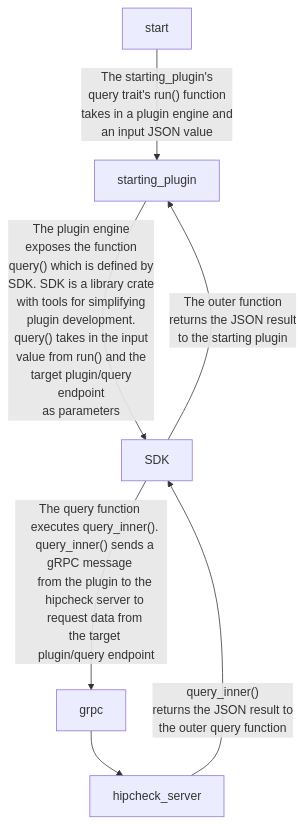
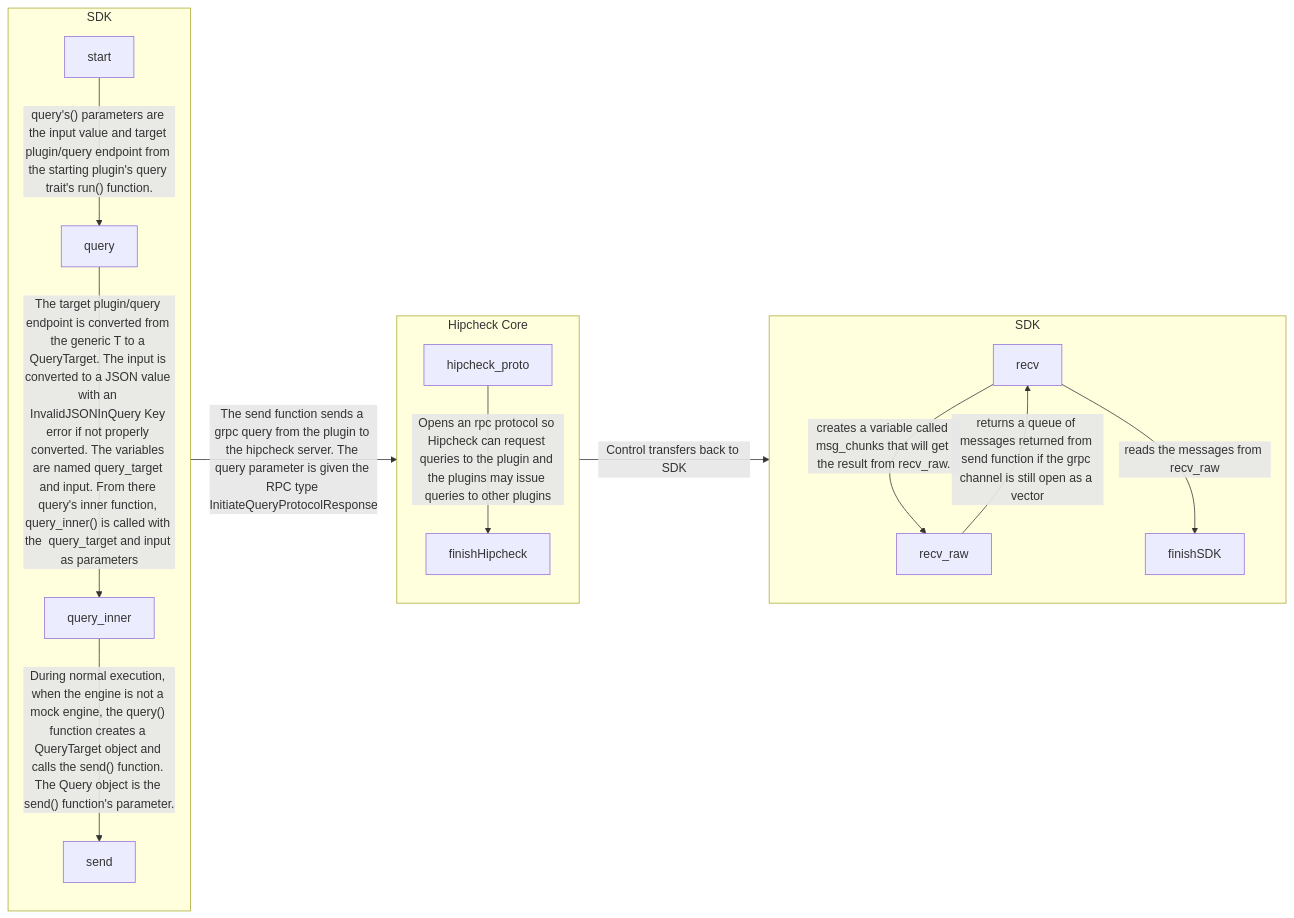
One commit to mitre/hipcheck changed the diagram in site/content/docs/guide/plugin/developer_docs/flow_chart_for_initiating_a_request.md. Above: the diagram before and after it, drawn with Mermaid. The commit also changed 4 other files, not shown here.

First line of the commit message:
feat: fix flowchart for initiating a request so it's more detailed

````diff
--- a/site/content/docs/guide/plugin/developer_docs/flow_chart_for_initiating_a_request.md
+++ b/site/content/docs/guide/plugin/developer_docs/flow_chart_for_initiating_a_request.md
@@ -5,33 +5,21 @@
 ```mermaid
+flowchart LR
 
-   flowchart TB
-      start--The starting_plugin's 
-      query trait's run() function 
-      takes in a plugin engine and 
-      an input JSON value --> 
-      starting_plugin--
-      The plugin engine 
-      exposes the function 
-      query() which is defined by 
-      SDK. SDK is a library crate
-      with tools for simplifying 
-      plugin development. 
-      query() takes in the input 
-      value from run() and the 
-      target plugin/query 
-      endpoint 
-      as parameters--> 
-      SDK--The query function 
-      executes query_inner(). 
-      query_inner() sends a gRPC message 
-      from the plugin to the 
-      hipcheck server to 
-      request data from 
-      the target 
-      plugin/query endpoint --> 
-      grpc--> hipcheck_server--query_inner() 
-      returns the JSON result to 
-      the outer query function-->SDK--The outer function 
-      returns the JSON result 
-      to the starting plugin-->starting_plugin
+subgraph Z["SDK"]
+direction TB
+  start--query's() parameters are the input value and target plugin/query endpoint from the starting plugin's query trait's run() function.-->
+  query --The target plugin/query endpoint is converted from the generic T to a QueryTarget. The input is converted to a JSON value with an InvalidJSONInQuery Key error if not properly converted. The variables are named query_target and input. From there query's inner function, query_inner() is called with the  query_target and input as parameters--> query_inner-- During normal execution, when the engine is not a mock engine, the query() function creates a QueryTarget object and calls the send() function. The Query object is the send() function's parameter.-->send
+end
+
+subgraph ZA["Hipcheck Core"]
+direction TB
+    hipcheck_proto --Opens an rpc protocol so Hipcheck can request queries to the plugin and the plugins may issue queries to other plugins-->finishHipcheck
+end
+
+subgraph ZB["SDK"]
+direction TB
+  recv--creates a variable called msg_chunks that will get the result from recv_raw.-->recv_raw --returns a queue of messages returned from send function if the grpc channel is still open as a vector -->recv --reads the messages from recv_raw --> finishSDK
+end
+
+Z-- The send function sends a grpc query from the plugin to the hipcheck server. The query parameter is given the RPC type InitiateQueryProtocolResponse-->ZA --Control transfers back to SDK-->ZB
 ```
````
